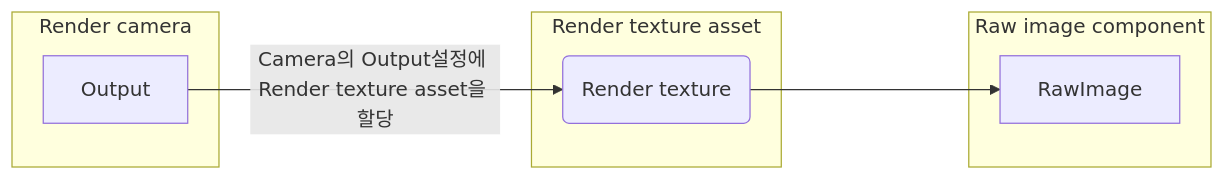
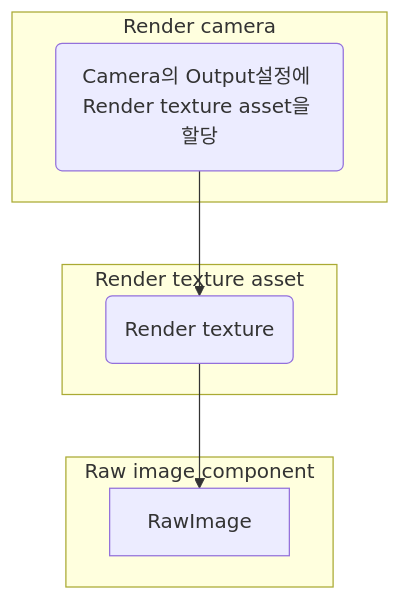
One commit to barryclark/jekyll-now changed the diagram in _includes/_shared_block/_ui/Implement_001_RenderObject.md. Above: the diagram before and after it, drawn with Mermaid.

````diff
--- a/_includes/_shared_block/_ui/Implement_001_RenderObject.md
+++ b/_includes/_shared_block/_ui/Implement_001_RenderObject.md
@@ -2,20 +2,20 @@
 ```mermaid
-graph LR
+graph TD
 
 subgraph "Raw image component"
   RawImage
 end
 
 subgraph "Render texture asset"
   RenderTexture(Render texture)
   
-  RenderTexture ----> RawImage
+  RenderTexture --> RawImage
 end
 
 subgraph "Render camera"
   Output
   
-  Output --"Camera의 Output설정에 Render texture asset을 할당"--> RenderTexture
+  Output(Camera의 Output설정에 Render texture asset을 할당) --> RenderTexture
 end
 
 ```
````
